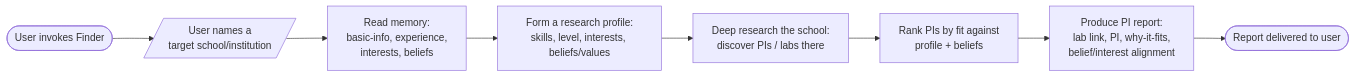
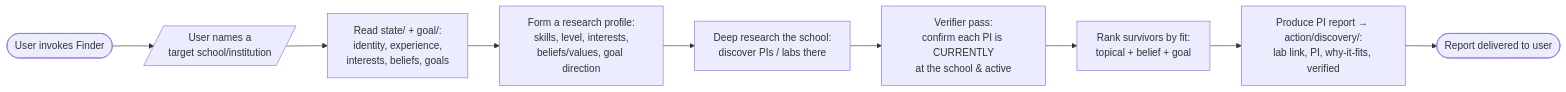
The fifth of 7 diagrams in .jg/prd-career-planner-card.md (junggyubae/career-planner), drawn with Mermaid before and after one commit. The commit also changed other lines of this file, not shown here.

Commit message:
docs: update PRD §4/§6 diagrams to state/goal/action; reflect verifier + PDF-iterate + 1-page

````diff
--- a/.jg/prd-career-planner-card.md
+++ b/.jg/prd-career-planner-card.md
@@ -198,10 +199,11 @@
 ```mermaid
 flowchart LR
     S([User invokes Finder]) --> S0[/User names a<br/>target school/institution/]
-    S0 --> R1[Read memory:<br/>basic-info, experience,<br/>interests, beliefs]
-    R1 --> R2[Form a research profile:<br/>skills, level, interests, beliefs/values]
+    S0 --> R1[Read state/ + goal/:<br/>identity, experience,<br/>interests, beliefs, goals]
+    R1 --> R2[Form a research profile:<br/>skills, level, interests,<br/>beliefs/values, goal direction]
     R2 --> R3[Deep research the school:<br/>discover PIs / labs there]
-    R3 --> R4[Rank PIs by fit against<br/>profile + beliefs]
-    R4 --> R5[Produce PI report:<br/>lab link, PI, why-it-fits,<br/>belief/interest alignment]
+    R3 --> Rv[Verifier pass:<br/>confirm each PI is CURRENTLY<br/>at the school & active]
+    Rv --> R4[Rank survivors by fit:<br/>topical + belief + goal]
+    R4 --> R5[Produce PI report → action/discovery/:<br/>lab link, PI, why-it-fits, verified]
     R5 --> Out([Report delivered to user])
 ```
````
